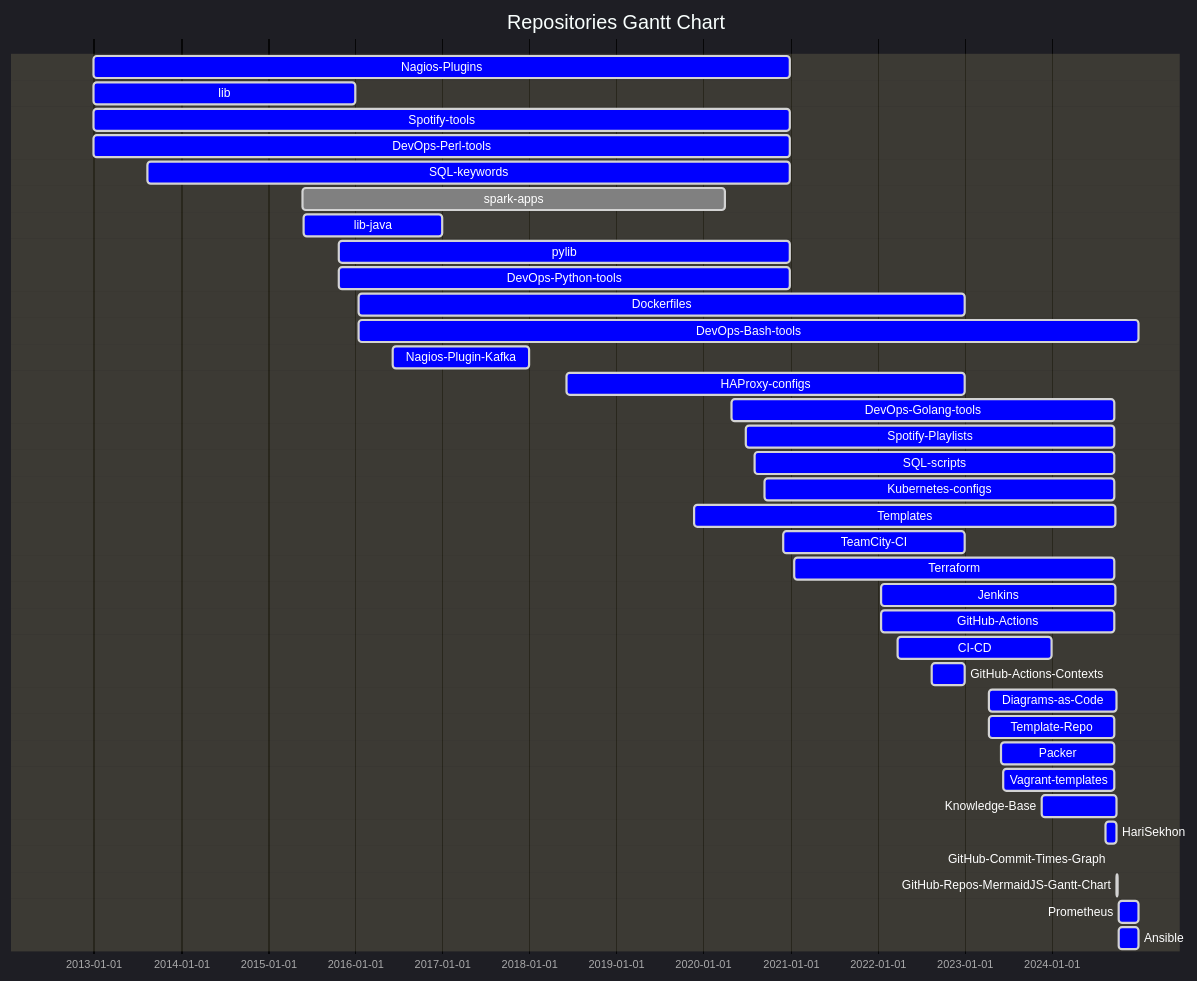
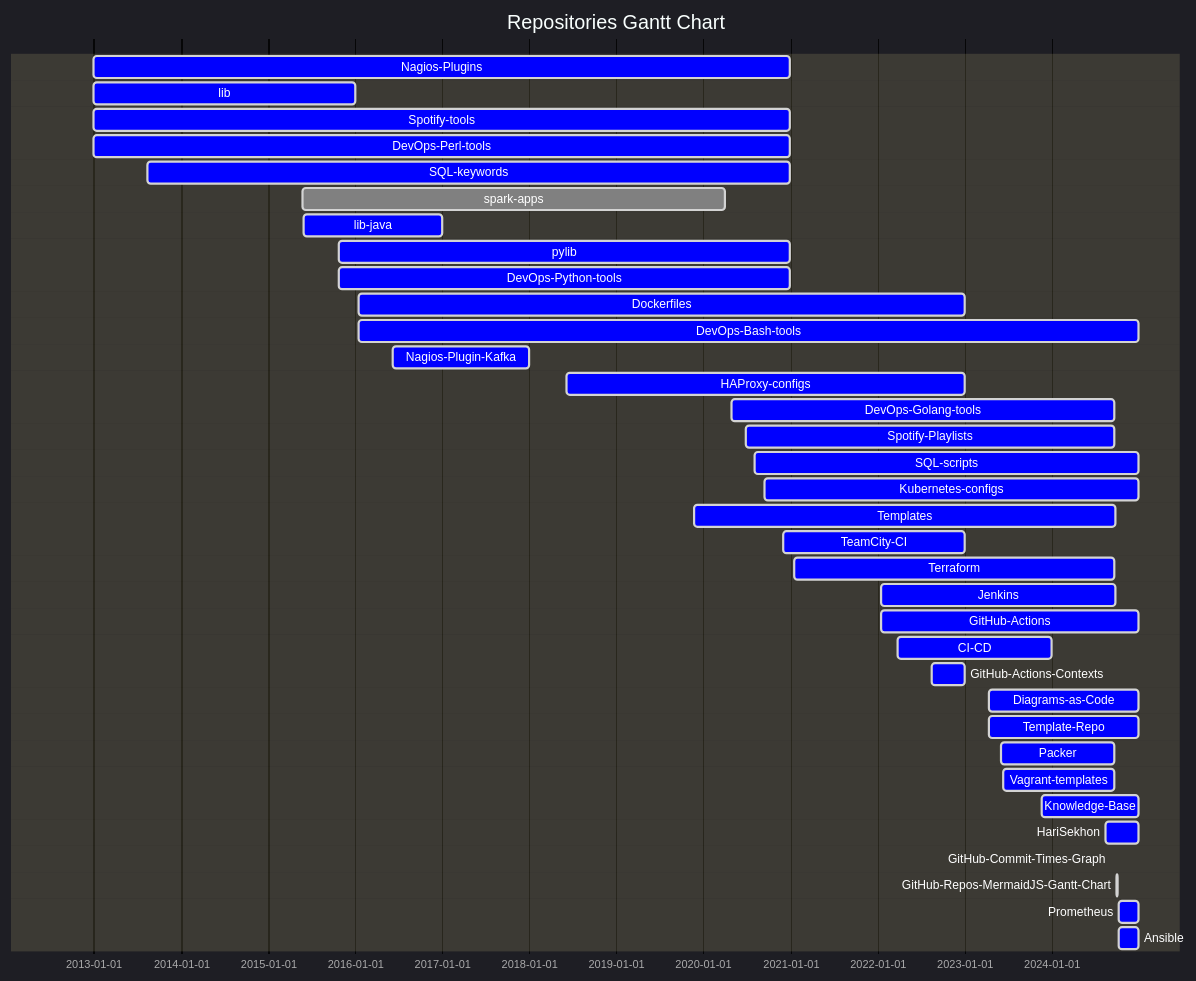
Before and after one commit to HariSekhon/HariSekhon: the first of 2 diagrams in README.md, drawn with Mermaid.

````diff
--- a/README.md
+++ b/README.md
@@ -268,57 +268,57 @@
 ```mermaid
 %%{ init: {
         "logLevel": "debug",
         'theme': 'dark',
         'themeVariables': {
           'activeTaskBkgColor': '#0000ff',
           'activeTaskBorderColor': 'lightgrey',
           'critBorderColor': 'lightgrey',
           'doneTaskBkgColor': 'grey',
           'doneTaskBorderColor': 'lightgrey',
           'taskBkgColor': 'black',
           'taskBorderColor': 'black',
           'taskTextColor': 'white',
           'taskTextDarkColor': 'white',
           'taskTextLightColor': 'black',
           'todayLineColor': 'red'
         }
     }
 }%%
 gantt
     dateFormat  YYYY-MM-DD
     title Repositories Gantt Chart
     Nagios-Plugins : active, 2012-12-30, 2020-12-31
     lib : active, 2012-12-30, 2015-12-31
     Spotify-tools : active, 2012-12-30, 2020-12-31
     DevOps-Perl-tools : active, 2012-12-30, 2020-12-31
     SQL-keywords : active, 2013-08-13, 2020-12-31
     spark-apps : done, 2015-05-25, 2020-04-02
     lib-java : active, 2015-05-31, 2016-12-31
     pylib : active, 2015-10-27, 2020-12-31
     DevOps-Python-tools : active, 2015-10-27, 2020-12-31
     Dockerfiles : active, 2016-01-17, 2022-12-31
     DevOps-Bash-tools : active, 2016-01-17, 2024-12-31
     Nagios-Plugin-Kafka : active, 2016-06-07, 2017-12-31
     HAProxy-configs : active, 2018-06-08, 2022-12-31
     DevOps-Golang-tools : active, 2020-04-30, 2024-09-22
     Spotify-Playlists : active, 2020-06-29, 2024-09-22
-    SQL-scripts : active, 2020-08-05, 2024-09-21
-    Kubernetes-configs : active, 2020-09-16, 2024-09-21
+    SQL-scripts : active, 2020-08-05, 2024-12-31
+    Kubernetes-configs : active, 2020-09-16, 2024-12-31
     Templates : active, 2019-11-25, 2024-09-25
     TeamCity-CI : active, 2020-12-03, 2022-12-31
     Terraform : active, 2021-01-18, 2024-09-21
     Jenkins : active, 2022-01-17, 2024-09-23
-    GitHub-Actions : active, 2022-01-17, 2024-09-22
+    GitHub-Actions : active, 2022-01-17, 2024-12-31
     CI-CD : active, 2022-03-25, 2023-12-31
     GitHub-Actions-Contexts : active, 2022-08-17, 2022-12-31
-    Diagrams-as-Code : active, 2023-04-14, 2024-10-02
-    Template-Repo : active, 2023-04-15, 2024-09-22
+    Diagrams-as-Code : active, 2023-04-14, 2024-12-31
+    Template-Repo : active, 2023-04-15, 2024-12-31
     Packer : active, 2023-06-02, 2024-09-21
     Vagrant-templates : active, 2023-06-12, 2024-09-21
-    Knowledge-Base : active, 2023-11-22, 2024-09-29
-    HariSekhon : active, 2024-08-14, 2024-10-02
+    Knowledge-Base : active, 2023-11-22, 2024-12-31
+    HariSekhon : active, 2024-08-14, 2024-12-31
     GitHub-Commit-Times-Graph : active, 2024-09-07, 2024-09-08
     GitHub-Repos-MermaidJS-Gantt-Chart : active, 2024-10-02, 2024-10-03
     Prometheus : active, 2024-10-08, 2024-12-31
     Ansible : active, 2024-10-08, 2024-12-31
 ```
````
